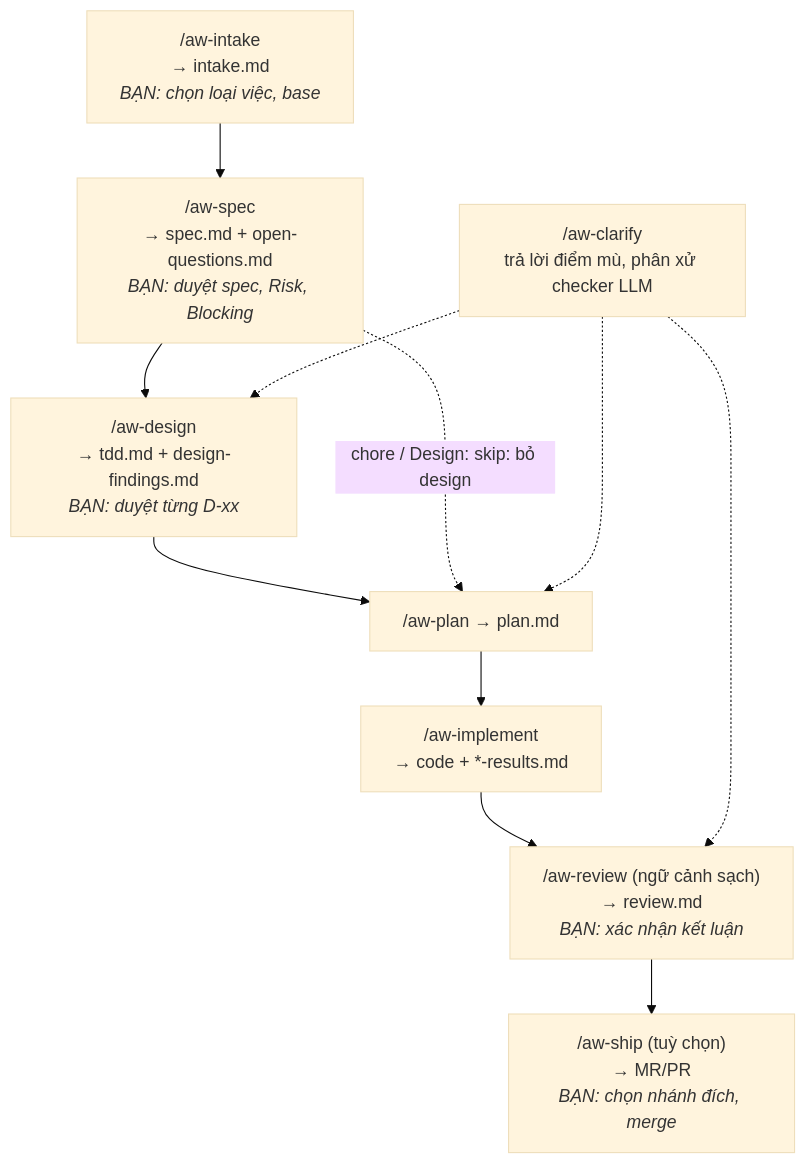
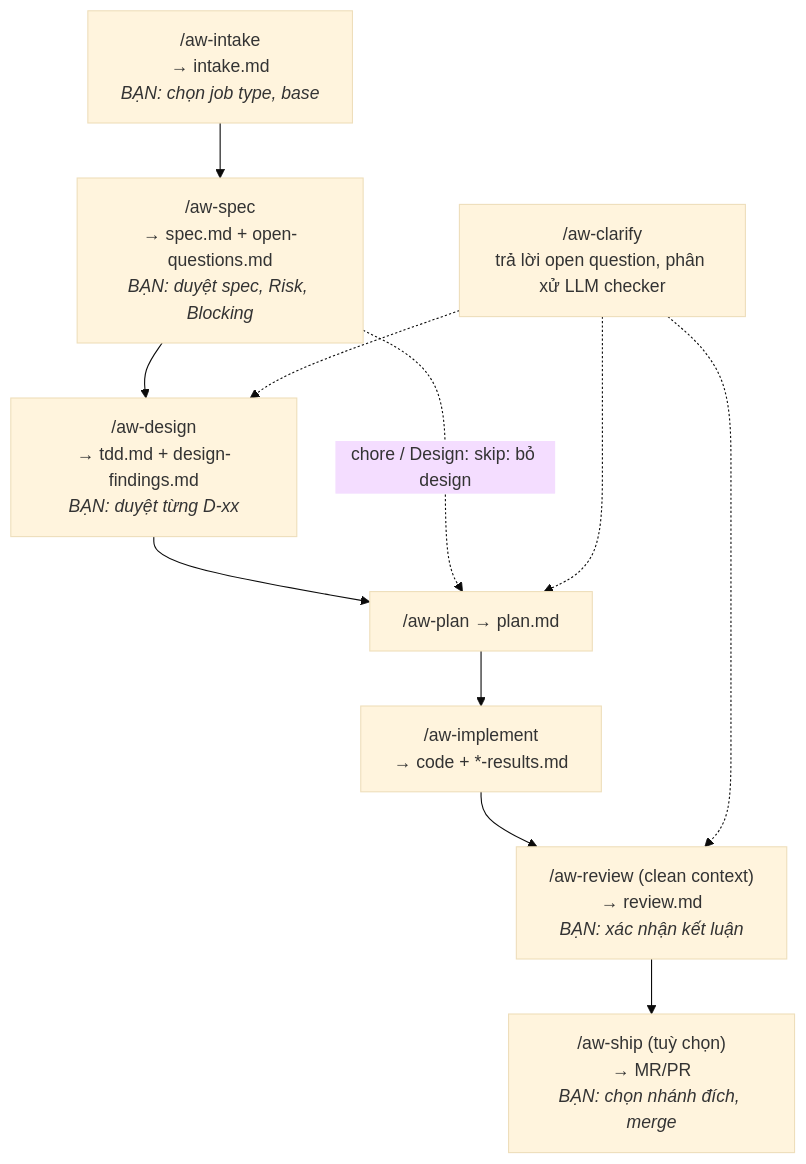
Before and after one commit to dangminhphuc/agent-workflow: the diagram in docs/huong-dan.md, drawn with Mermaid (base theme). The commit also changed other lines of this file and 58 other files, not shown here.

````diff
--- a/docs/huong-dan.md
+++ b/docs/huong-dan.md
@@ -75,17 +75,17 @@
 ```mermaid
 flowchart TD
-    INTAKE["/aw-intake<br/>→ intake.md<br/><i>BẠN: chọn loại việc, base</i>"]
+    INTAKE["/aw-intake<br/>→ intake.md<br/><i>BẠN: chọn job type, base</i>"]
     SPEC["/aw-spec<br/>→ spec.md + open-questions.md<br/><i>BẠN: duyệt spec, Risk, Blocking</i>"]
-    CLARIFY["/aw-clarify<br/>trả lời điểm mù, phân xử checker LLM"]
+    CLARIFY["/aw-clarify<br/>trả lời open question, phân xử LLM checker"]
     DESIGN["/aw-design<br/>→ tdd.md + design-findings.md<br/><i>BẠN: duyệt từng D-xx</i>"]
     PLAN["/aw-plan → plan.md"]
     IMPL["/aw-implement<br/>→ code + *-results.md"]
-    REVIEW["/aw-review (ngữ cảnh sạch)<br/>→ review.md<br/><i>BẠN: xác nhận kết luận</i>"]
+    REVIEW["/aw-review (clean context)<br/>→ review.md<br/><i>BẠN: xác nhận kết luận</i>"]
     SHIP["/aw-ship (tuỳ chọn)<br/>→ MR/PR<br/><i>BẠN: chọn nhánh đích, merge</i>"]
 
     INTAKE --> SPEC --> DESIGN --> PLAN --> IMPL --> REVIEW --> SHIP
     SPEC -. "chore / Design: skip: bỏ design" .-> PLAN
     CLARIFY -.-> DESIGN
     CLARIFY -.-> PLAN
     CLARIFY -.-> REVIEW
 ```
````
